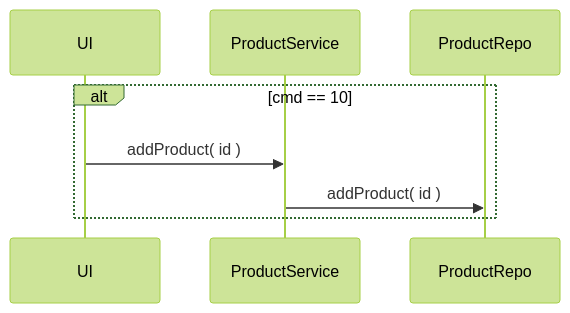
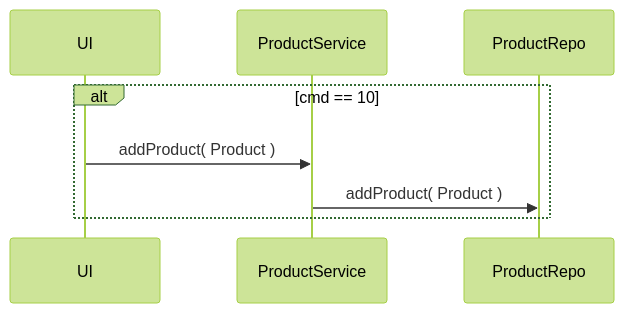
The tenth of 14 diagrams in README.md (Apameus/Vending_Machine), drawn with Mermaid (forest theme) before and after one commit. The commit also changed other lines of this file and 8 other files, not shown here.

````diff
--- a/README.md
+++ b/README.md
@@ -239,11 +239,11 @@
 ```mermaid
 sequenceDiagram
     participant UI
     participant PS as ProductService
     participant PR as ProductRepo
     alt cmd == 10
-        UI ->> PS: addProduct( id )
-        PS ->> PR: addProduct( id )
+        UI ->> PS: addProduct( Product )
+        PS ->> PR: addProduct( Product )
     end
 
 ```
````
